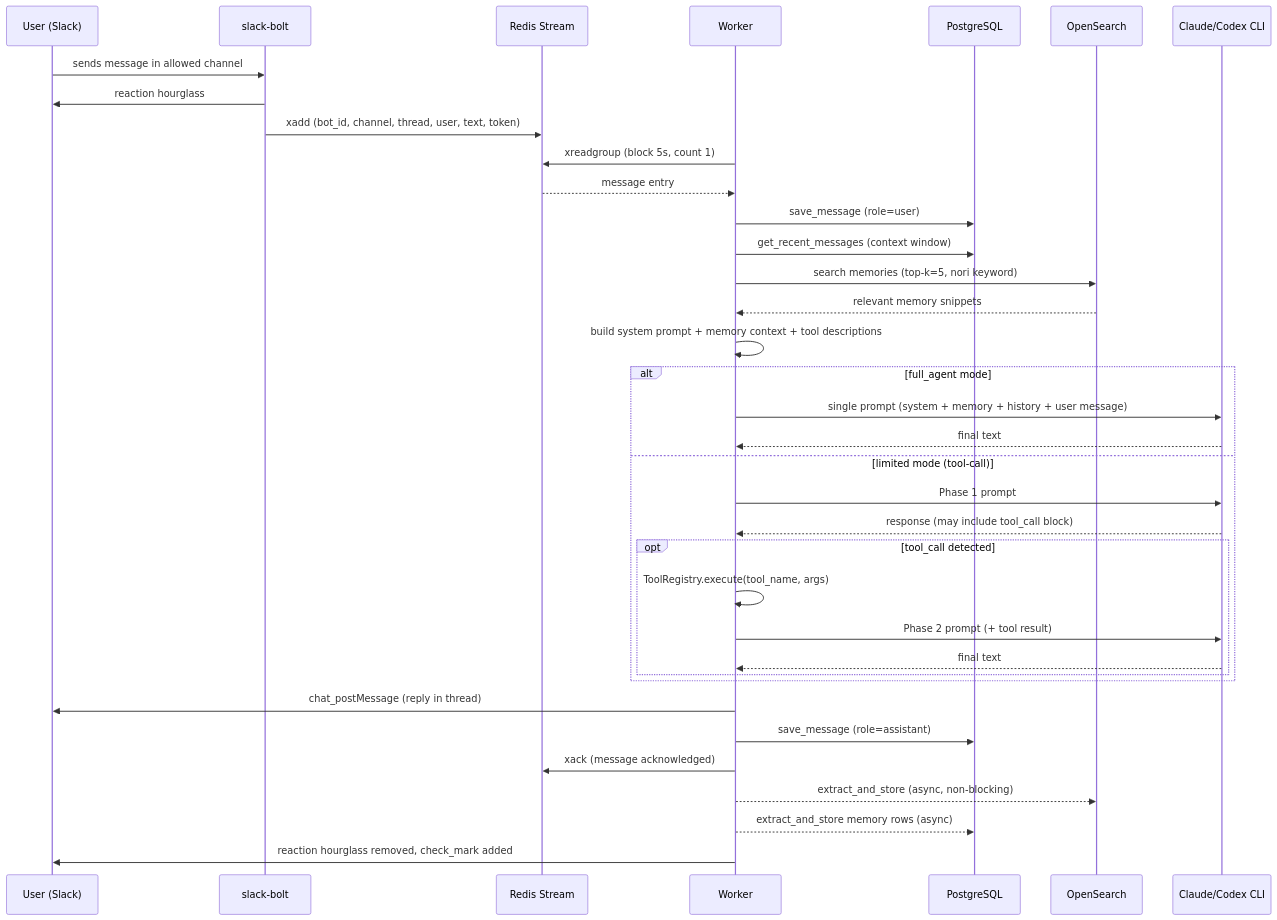
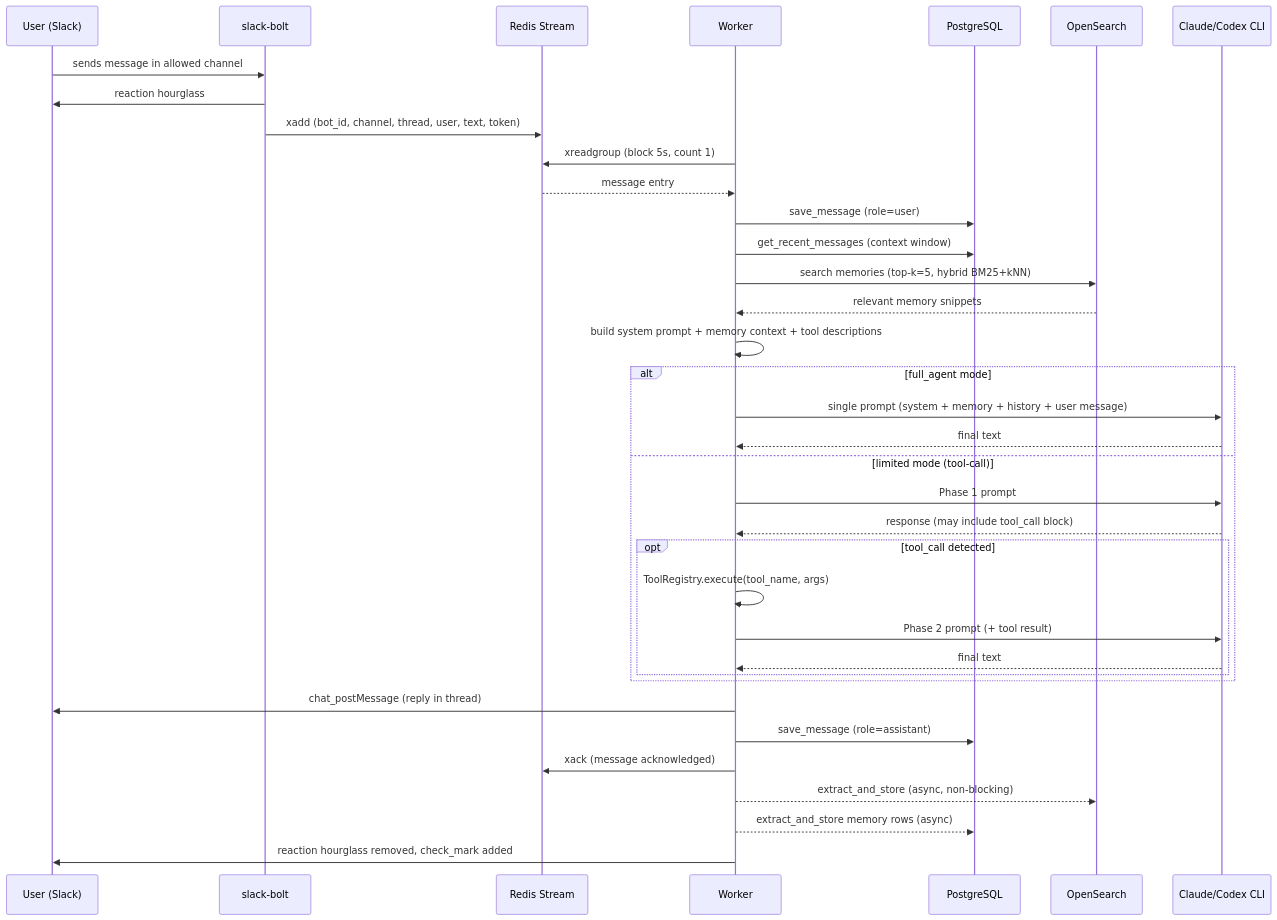
Before and after one commit to baekenough/customclaw: the third of 3 diagrams in docs/architecture.en.md, drawn with Mermaid. The commit also changed other lines of this file and 1 other file, not shown here.

First line of the commit message:
docs: update architecture docs for CDC pipeline and hybrid search (#54, #31)

````diff
--- a/docs/architecture.en.md
+++ b/docs/architecture.en.md
@@ -356,45 +373,45 @@
 ```mermaid
 sequenceDiagram
     participant U as User (Slack)
     participant SB as slack-bolt
     participant RS as Redis Stream
     participant W as Worker
     participant PG as PostgreSQL
     participant OS as OpenSearch
     participant CLI as Claude/Codex CLI
 
     U->>SB: sends message in allowed channel
     SB->>U: reaction hourglass
     SB->>RS: xadd (bot_id, channel, thread, user, text, token)
 
     W->>RS: xreadgroup (block 5s, count 1)
     RS-->>W: message entry
 
     W->>PG: save_message (role=user)
     W->>PG: get_recent_messages (context window)
-    W->>OS: search memories (top-k=5, nori keyword)
+    W->>OS: search memories (top-k=5, hybrid BM25+kNN)
     OS-->>W: relevant memory snippets
 
     W->>W: build system prompt + memory context + tool descriptions
 
     alt full_agent mode
         W->>CLI: single prompt (system + memory + history + user message)
         CLI-->>W: final text
     else limited mode (tool-call)
         W->>CLI: Phase 1 prompt
         CLI-->>W: response (may include tool_call block)
         opt tool_call detected
             W->>W: ToolRegistry.execute(tool_name, args)
             W->>CLI: Phase 2 prompt (+ tool result)
             CLI-->>W: final text
         end
     end
 
     W->>U: chat_postMessage (reply in thread)
     W->>PG: save_message (role=assistant)
     W->>RS: xack (message acknowledged)
 
     W-->>OS: extract_and_store (async, non-blocking)
     W-->>PG: extract_and_store memory rows (async)
     W->>U: reaction hourglass removed, check_mark added
 ```
````
